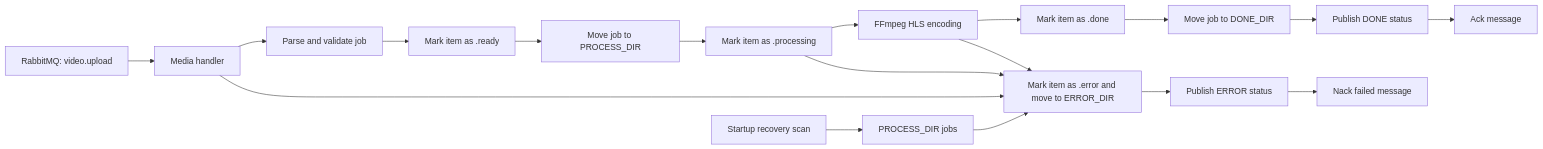
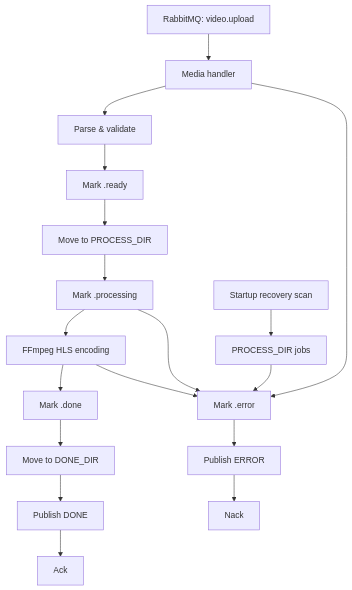
The diagram in README.md (BudgetFlix/worker), drawn with Mermaid before and after one commit.

Commit message:
change mermaid

````diff
--- a/README.md
+++ b/README.md
@@ -56,27 +56,42 @@
-```mermaid
-flowchart LR
+``` mermaid
+flowchart TD
     RabbitMQ["RabbitMQ: video.upload"]
+    Handler["Media handler"]
+    Validate["Parse & validate"]
+    Ready["Mark .ready"]
+    ProcessDir["Move to PROCESS_DIR"]
+    Processing["Mark .processing"]
+    HLS["FFmpeg HLS encoding"]
+    Done["Mark .done"]
+    DoneDir["Move to DONE_DIR"]
+    StatusDone["Publish DONE"]
+    Ack["Ack"]
+
+    Error["Mark .error"]
+    StatusError["Publish ERROR"]
+    Nack["Nack"]
+
     Startup["Startup recovery scan"]
     ProcessScan["PROCESS_DIR jobs"]
-    Handler["Media handler"]
-    Validate["Parse and validate job"]
-    Ready["Mark item as .ready"]
-    ProcessDir["Move job to PROCESS_DIR"]
-    Processing["Mark item as .processing"]
-    HLS["FFmpeg HLS encoding"]
-    Done["Mark item as .done"]
-    DoneDir["Move job to DONE_DIR"]
-    Error["Mark item as .error and move to ERROR_DIR"]
-    StatusDone["Publish DONE status"]
-    StatusError["Publish ERROR status"]
-    Ack["Ack message"]
-    Nack["Nack failed message"]
 
     Startup --> ProcessScan --> Error
-    RabbitMQ --> Handler --> Validate --> Ready --> ProcessDir --> Processing --> HLS
-    HLS --> Done --> DoneDir --> StatusDone --> Ack
+
+    RabbitMQ --> Handler
+    Handler --> Validate
+    Validate --> Ready
+    Ready --> ProcessDir
+    ProcessDir --> Processing
+    Processing --> HLS
+
+    HLS --> Done
+    Done --> DoneDir
+    DoneDir --> StatusDone
+    StatusDone --> Ack
+
     Handler --> Error
     Processing --> Error
     HLS --> Error
-    Error --> StatusError --> Nack
+
+    Error --> StatusError
+    StatusError --> Nack
 ```
````
